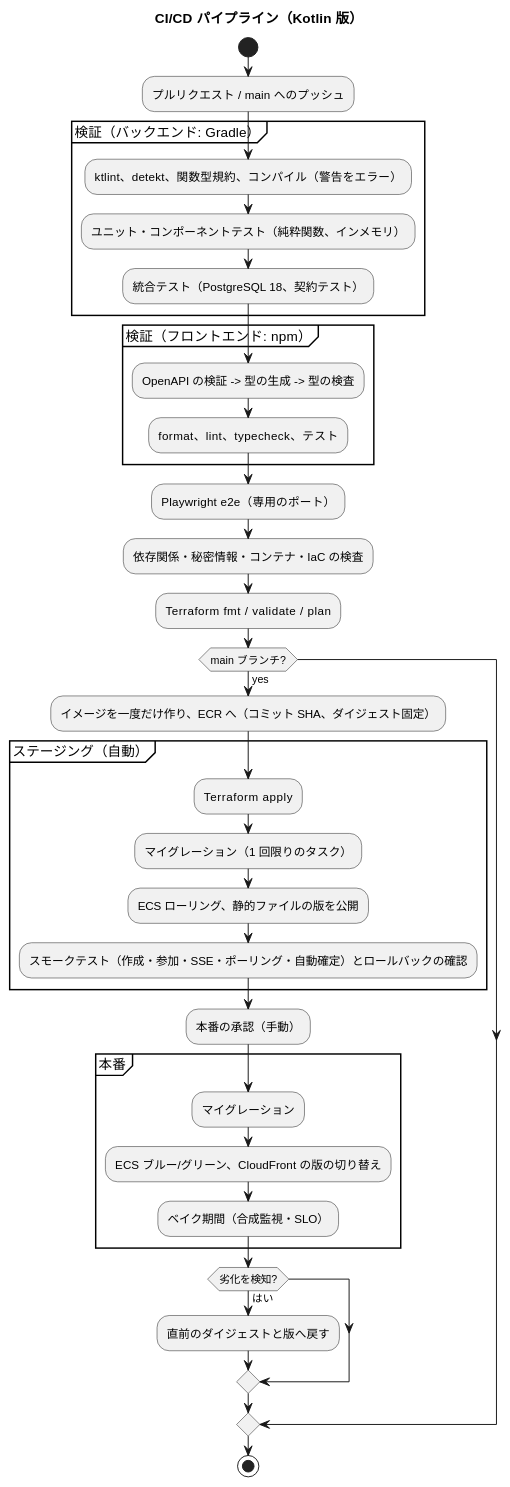
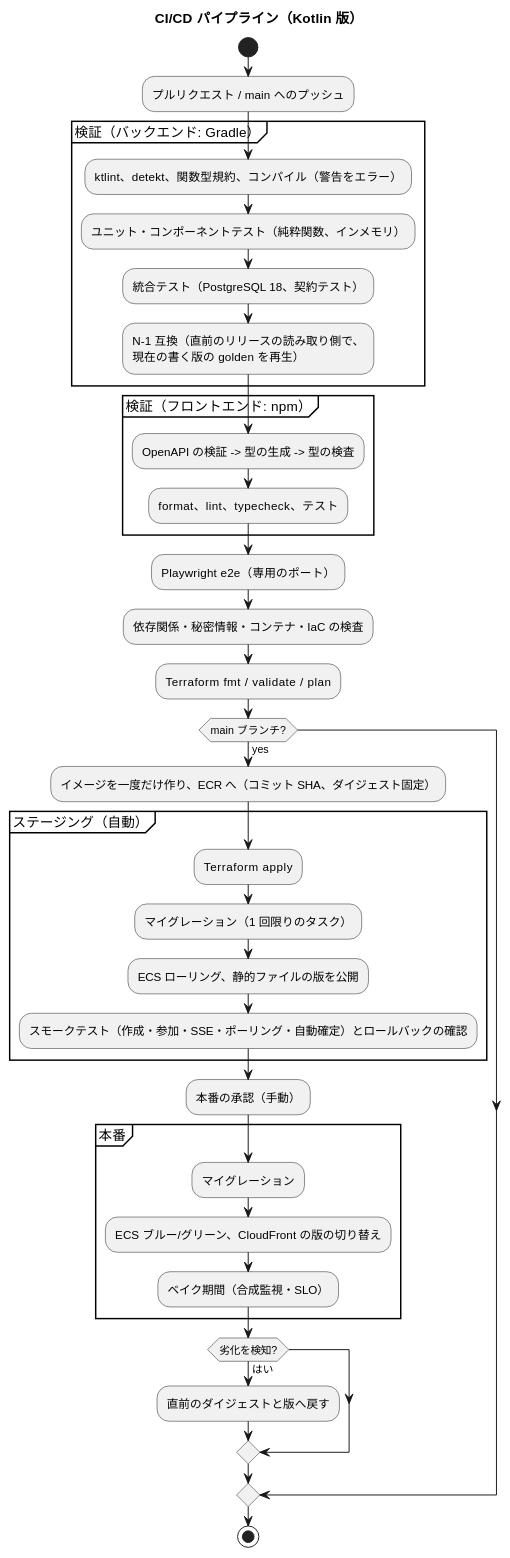
Before and after one commit to k2works/case-study-beer-game-simulation: the second of 2 diagrams in docs/design/beer-game-kotlin/architecture-infrastructure.md, drawn with PlantUML. The commit also changed other lines of this file and 10 other files, not shown here.

````diff
--- a/docs/design/beer-game-kotlin/architecture-infrastructure.md
+++ b/docs/design/beer-game-kotlin/architecture-infrastructure.md
@@ -213,39 +213,40 @@
 ```plantuml
 @startuml
 title CI/CD パイプライン（Kotlin 版）
 
 start
 :プルリクエスト / main へのプッシュ;
 partition "検証（バックエンド: Gradle）" {
   :ktlint、detekt、関数型規約、コンパイル（警告をエラー）;
   :ユニット・コンポーネントテスト（純粋関数、インメモリ）;
   :統合テスト（PostgreSQL 18、契約テスト）;
+  :N-1 互換（直前のリリースの読み取り側で、\n現在の書く版の golden を再生）;
 }
 partition "検証（フロントエンド: npm）" {
   :OpenAPI の検証 -> 型の生成 -> 型の検査;
   :format、lint、typecheck、テスト;
 }
 :Playwright e2e（専用のポート）;
 :依存関係・秘密情報・コンテナ・IaC の検査;
 :Terraform fmt / validate / plan;
 if (main ブランチ?) then (yes)
   :イメージを一度だけ作り、ECR へ（コミット SHA、ダイジェスト固定）;
   partition "ステージング（自動）" {
     :Terraform apply;
     :マイグレーション（1 回限りのタスク）;
     :ECS ローリング、静的ファイルの版を公開;
     :スモークテスト（作成・参加・SSE・ポーリング・自動確定）とロールバックの確認;
   }
   :本番の承認（手動）;
   partition "本番" {
     :マイグレーション;
     :ECS ブルー/グリーン、CloudFront の版の切り替え;
     :ベイク期間（合成監視・SLO）;
   }
   if (劣化を検知?) then (はい)
     :直前のダイジェストと版へ戻す;
   endif
 endif
 stop
 @enduml
 ```
````
